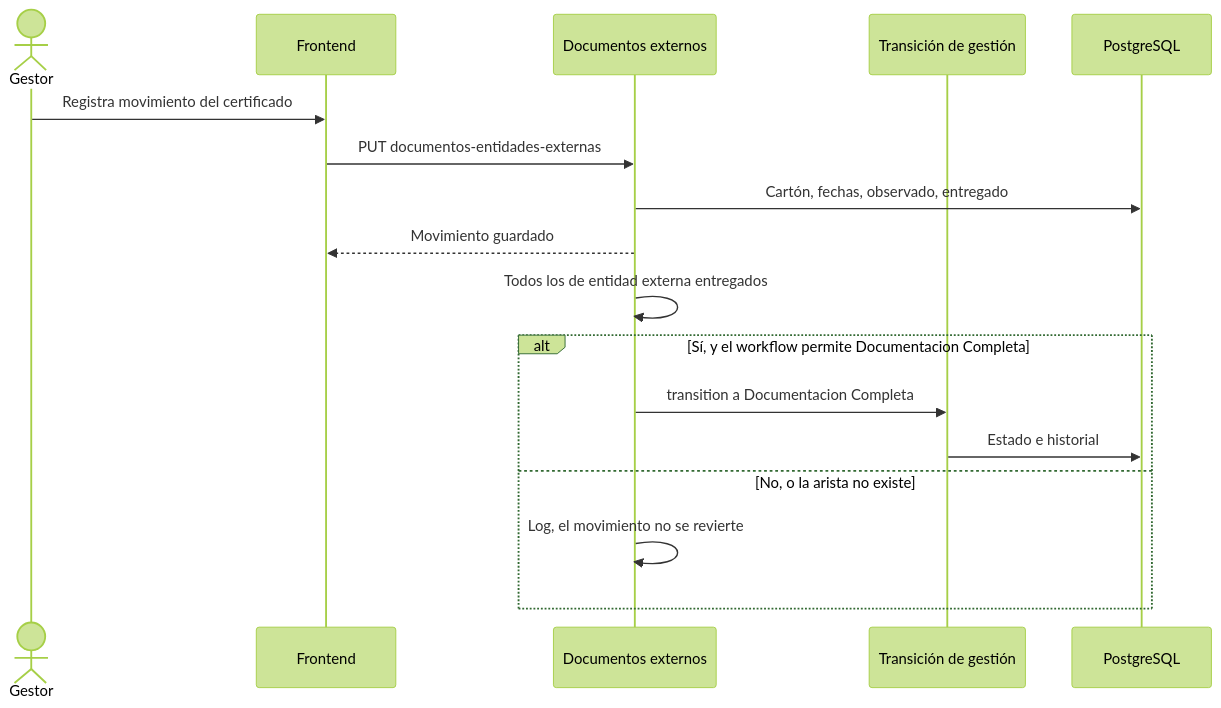
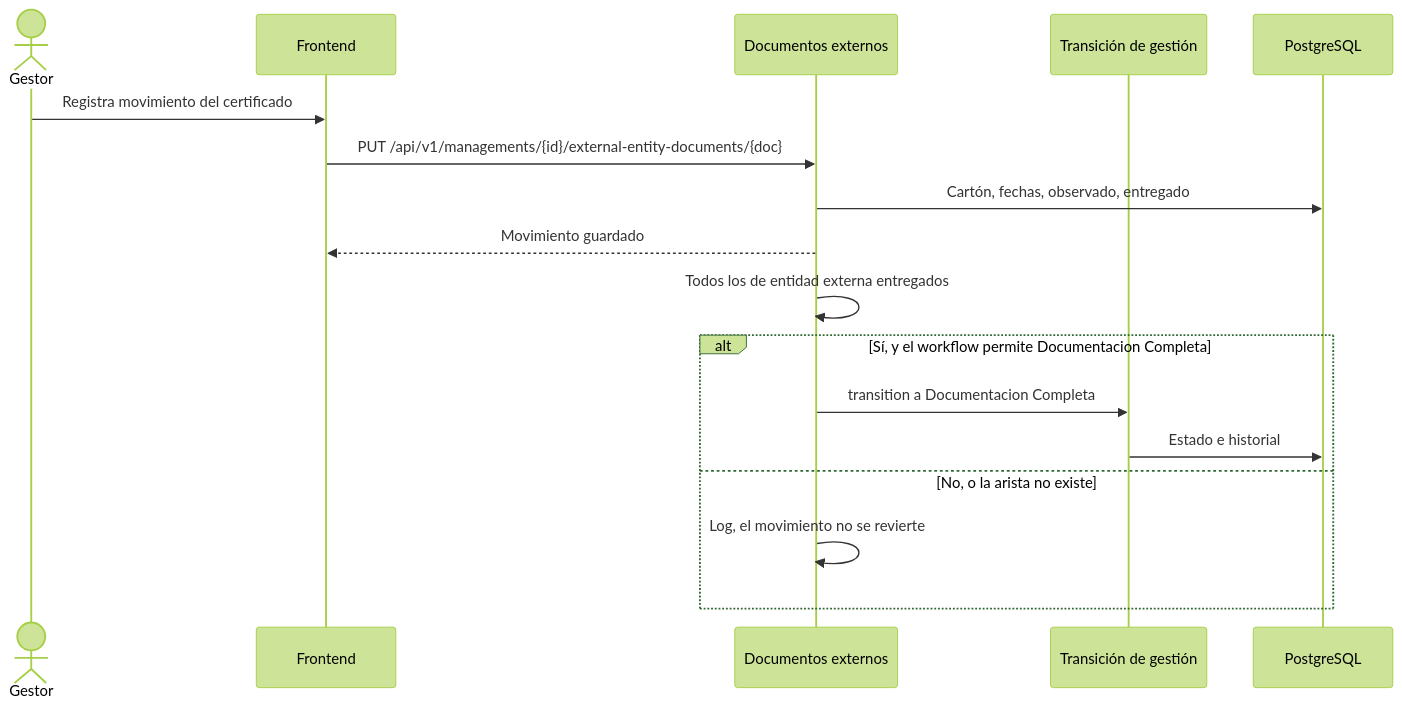
One commit to matiaspakua/notaire changed diagram 11 of 16 in docs/200-architecture/203-design/CICLO-DE-VIDA.md. Above: the diagram before and after it, drawn with Mermaid (forest theme). The commit also changed other lines of this file and 15 other files, not shown here.

````diff
--- a/docs/200-architecture/203-design/CICLO-DE-VIDA.md
+++ b/docs/200-architecture/203-design/CICLO-DE-VIDA.md
@@ -364,20 +366,20 @@
 ```mermaid
 sequenceDiagram
   actor Gestor
   participant FE as Frontend
   participant Doc as Documentos externos
   participant WF as Transición de gestión
   participant DB as PostgreSQL
 
   Gestor->>FE: Registra movimiento del certificado
-  FE->>Doc: PUT documentos-entidades-externas
+  FE->>Doc: PUT /api/v1/managements/{id}/external-entity-documents/{doc}
   Doc->>DB: Cartón, fechas, observado, entregado
   Doc-->>FE: Movimiento guardado
   Doc->>Doc: Todos los de entidad externa entregados
   alt Sí, y el workflow permite Documentacion Completa
     Doc->>WF: transition a Documentacion Completa
     WF->>DB: Estado e historial
   else No, o la arista no existe
     Doc->>Doc: Log, el movimiento no se revierte
   end
 ```
````
